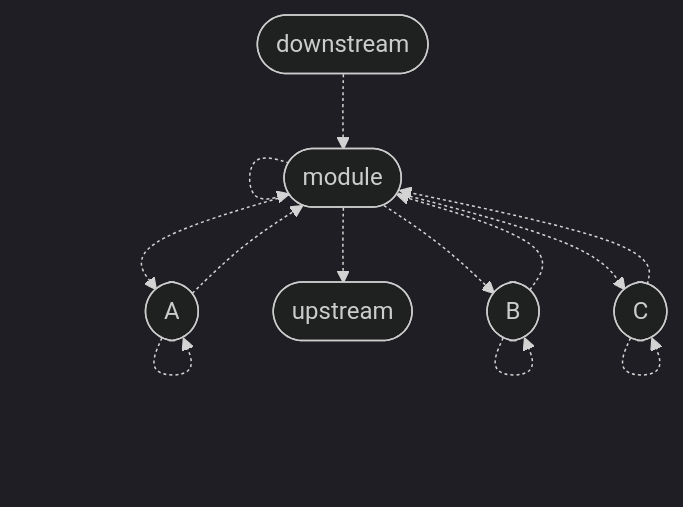
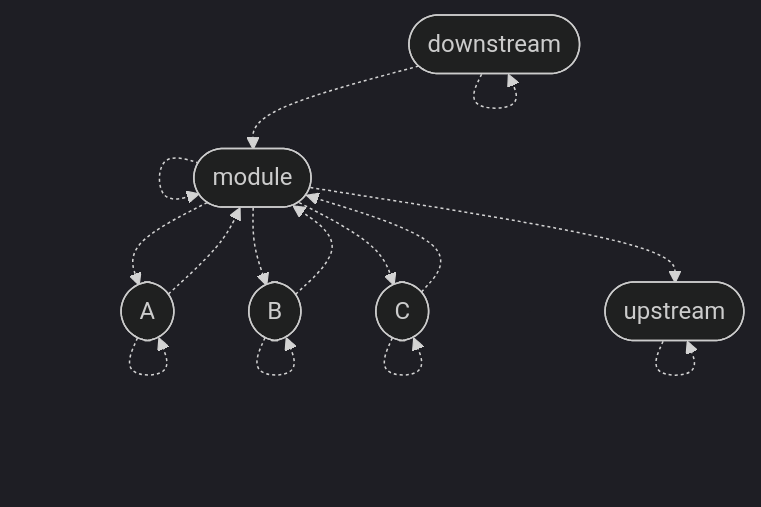
Diagram 23 of 25 in proofs/AdmissibilityGraph/README.md (stepchowfun/proofs), drawn with Mermaid (dark theme) before and after one commit. The commit also changed other lines of this file, not shown here.

Commit message:
Wordsmith the admissibility graph README

````diff
--- a/proofs/AdmissibilityGraph/README.md
+++ b/proofs/AdmissibilityGraph/README.md
@@ -465,22 +467,24 @@
 ```mermaid
 flowchart TD
   m([module])
   a([A])
   b([B])
   c([C])
   down([downstream])
   up([upstream])
 
   m -.-> m
   a -.-> a
   b -.-> b
   c -.-> c
+  down -.-> down
+  up -.-> up
   m -.-> a
   m -.-> b
   m -.-> c
   a -.-> m
   b -.-> m
   c -.-> m
   down -.-> m
   m -.-> up
 ```
````
